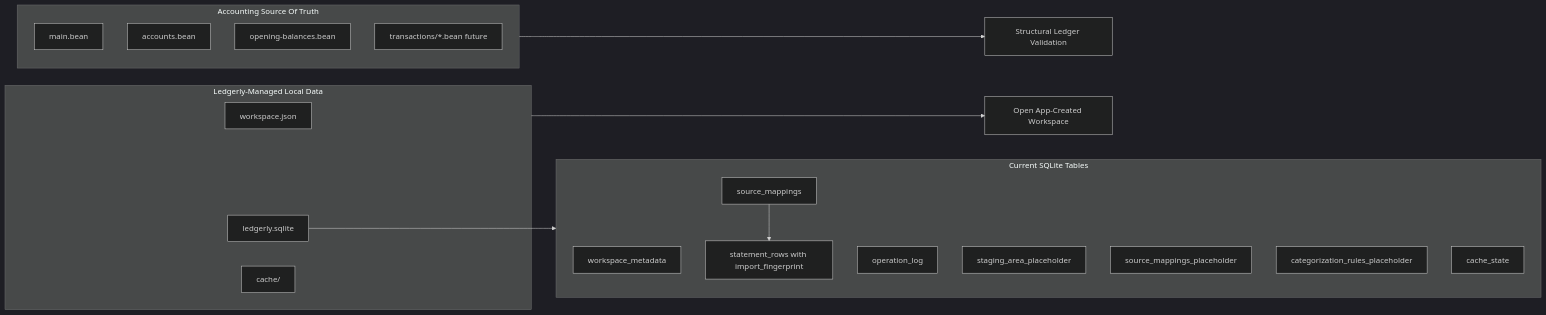
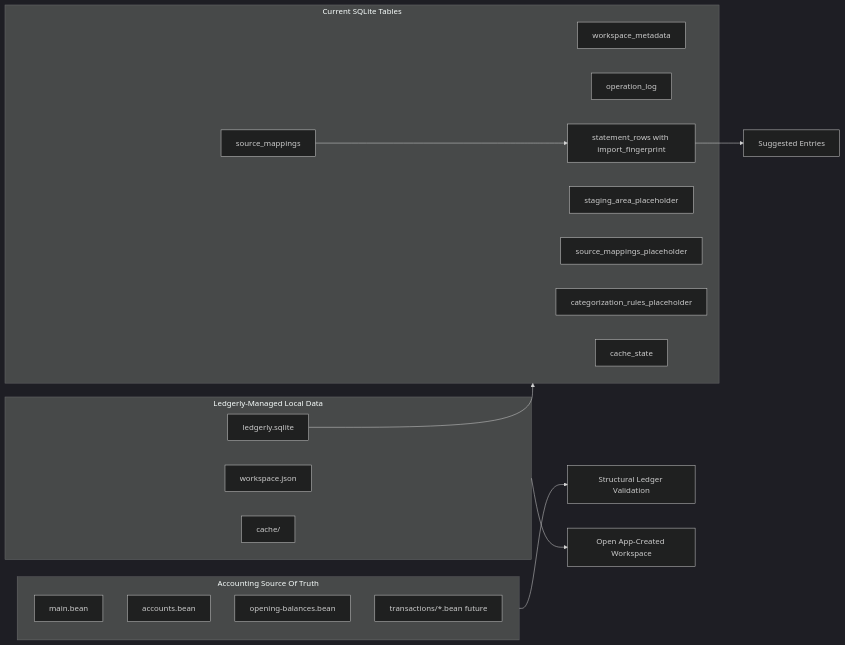
Before and after one commit to ryenski/Ledgerly-MVP: the third of 4 diagrams in docs/architecture.md, drawn with Mermaid (dark theme). The commit also changed other lines of this file and 13 other files, not shown here.

First line of the commit message:
Review and approve Suggested Entries (#22)

````diff
--- a/docs/architecture.md
+++ b/docs/architecture.md
@@ -169,31 +193,32 @@
 ```mermaid
 flowchart LR
   subgraph SourceOfTruth[Accounting Source Of Truth]
     MainBean[main.bean]
     AccountsBean[accounts.bean]
     OpeningBalances[opening-balances.bean]
     FutureMonthly[transactions/*.bean future]
   end
 
   subgraph LedgerlyManaged[Ledgerly-Managed Local Data]
     Manifest[workspace.json]
     Sqlite[ledgerly.sqlite]
     Cache[cache/]
   end
 
   subgraph CurrentSqlite[Current SQLite Tables]
     Metadata[workspace_metadata]
     OperationLog[operation_log]
     SourceMappings[source_mappings]
     StatementRows[statement_rows with import_fingerprint]
     StagingPlaceholder[staging_area_placeholder]
     MappingPlaceholder[source_mappings_placeholder]
     RulesPlaceholder[categorization_rules_placeholder]
     CacheState[cache_state]
   end
 
   SourceOfTruth --> Validation[Structural Ledger Validation]
   LedgerlyManaged --> OpenWorkspace[Open App-Created Workspace]
   Sqlite --> CurrentSqlite
   SourceMappings --> StatementRows
+  StatementRows --> SuggestedEntries[Suggested Entries]
 ```
````
